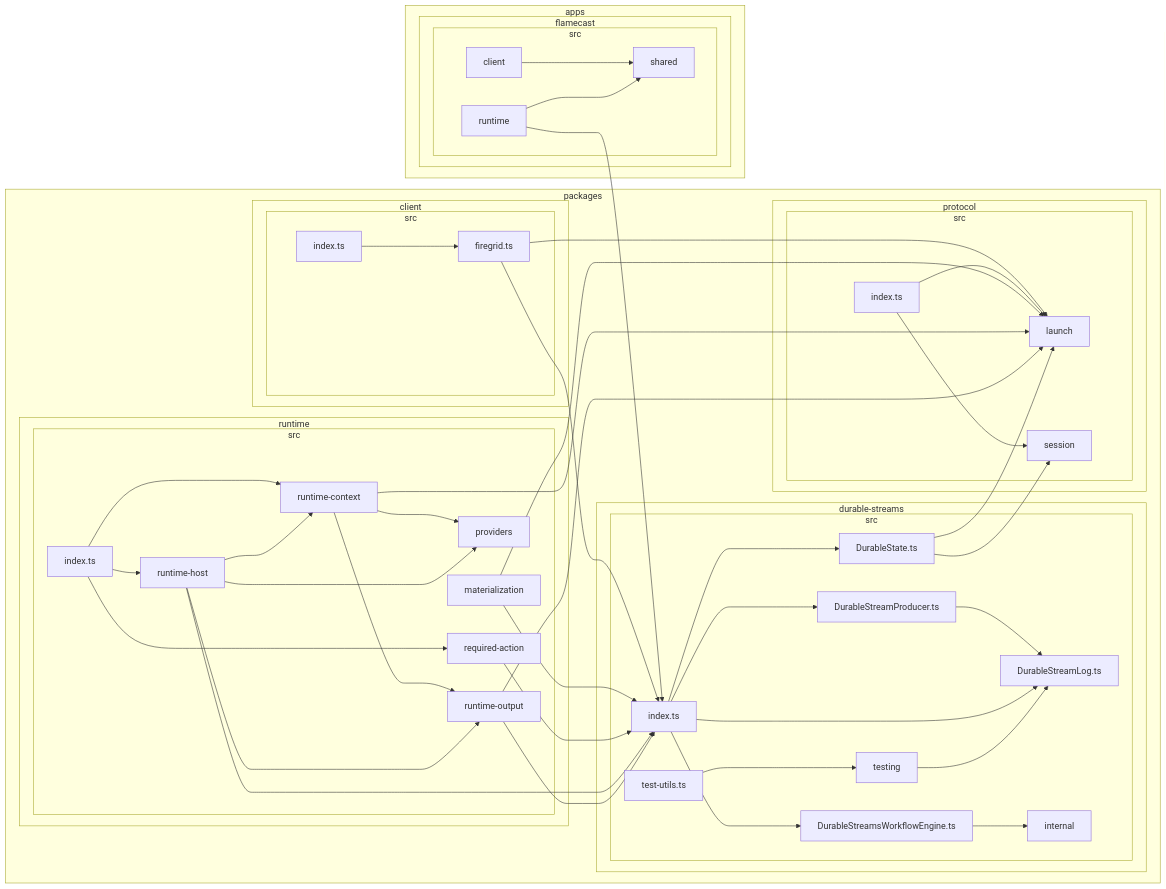
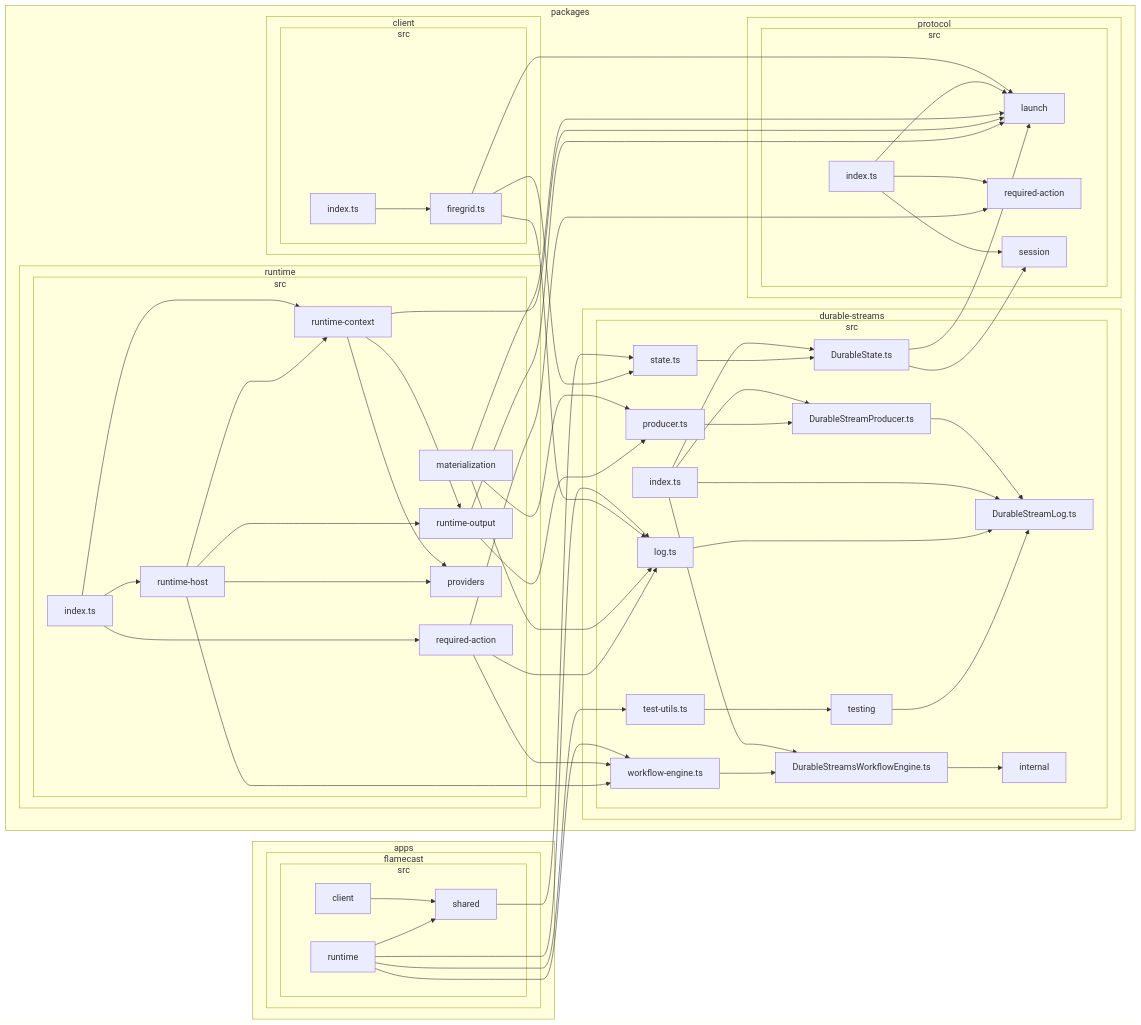
The diagram in docs/dependency-graph.mmd (gurdasnijor/firegrid), drawn with Mermaid before and after one commit. The commit also changed 8 other files, not shown here.

Commit message:
Regenerate architecture dependency graphs

```diff
--- a/docs/dependency-graph.mmd
+++ b/docs/dependency-graph.mmd
@@ -1,82 +1,99 @@
 flowchart LR
 
 subgraph 0["apps"]
 subgraph 1["flamecast"]
 subgraph 2["src"]
 3["client"]
 4["runtime"]
 5["shared"]
 end
 end
 end
 subgraph 6["packages"]
 subgraph 7["client"]
 subgraph 8["src"]
 9["firegrid.ts"]
 A["index.ts"]
 end
 end
 subgraph B["durable-streams"]
 subgraph C["src"]
 D["DurableState.ts"]
 E["DurableStreamLog.ts"]
 F["DurableStreamProducer.ts"]
 G["DurableStreamsWorkflowEngine.ts"]
 H["index.ts"]
 I["internal"]
-J["test-utils.ts"]
-K["testing"]
+J["log.ts"]
+K["producer.ts"]
+L["state.ts"]
+M["test-utils.ts"]
+N["testing"]
+O["workflow-engine.ts"]
 end
 end
-subgraph L["protocol"]
-subgraph M["src"]
-N["index.ts"]
-O["launch"]
-P["session"]
+subgraph P["protocol"]
+subgraph Q["src"]
+R["index.ts"]
+S["launch"]
+T["required-action"]
+U["session"]
 end
 end
-subgraph Q["runtime"]
-subgraph R["src"]
-S["index.ts"]
-T["materialization"]
-U["providers"]
-V["required-action"]
-W["runtime-context"]
-X["runtime-host"]
-Y["runtime-output"]
+subgraph V["runtime"]
+subgraph W["src"]
+X["index.ts"]
+Y["materialization"]
+Z["providers"]
+10["required-action"]
+11["runtime-context"]
+12["runtime-host"]
+13["runtime-output"]
 end
 end
 end
 3-->5
 4-->5
-4-->H
-9-->H
-9-->O
+4-->O
+4-->J
+4-->M
+5-->L
+9-->J
+9-->L
+9-->S
 A-->9
-D-->O
-D-->P
+D-->S
+D-->U
 F-->E
 G-->I
 H-->D
 H-->E
 H-->F
 H-->G
-J-->K
-K-->E
-N-->O
-N-->P
-S-->V
-S-->W
-S-->X
-T-->O
-T-->H
-V-->H
-W-->U
-W-->Y
-W-->O
-X-->U
-X-->W
-X-->Y
-X-->H
-Y-->H
-Y-->O
+J-->E
+K-->F
+L-->D
+M-->N
+N-->E
+O-->G
+R-->S
+R-->T
+R-->U
+X-->10
+X-->11
+X-->12
+Y-->S
+Y-->J
+Y-->K
+10-->O
+10-->J
+10-->T
+11-->Z
+11-->13
+11-->S
+12-->Z
+12-->11
+12-->13
+12-->O
+13-->K
+13-->S
```
